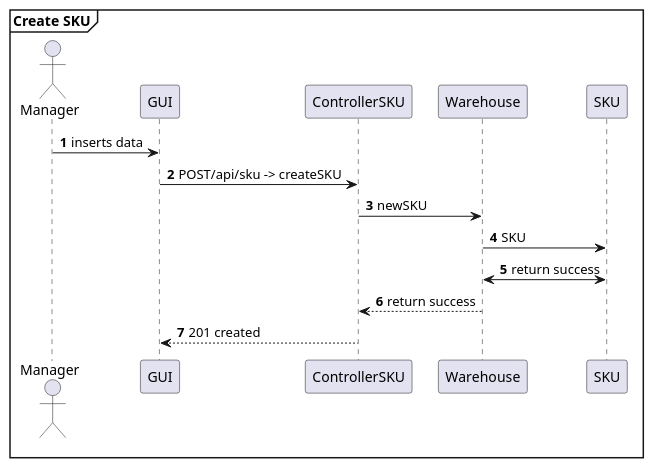
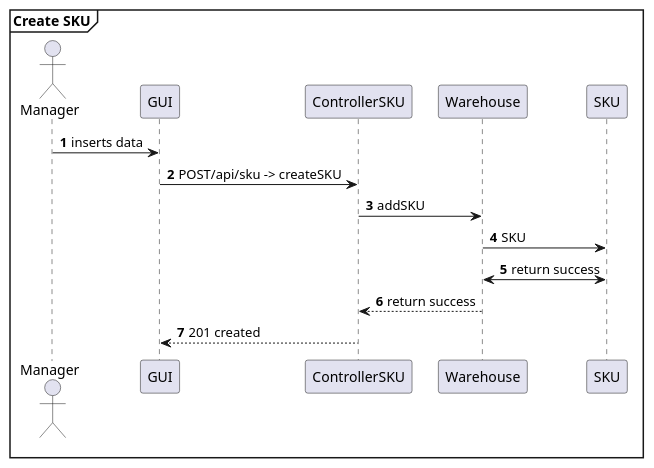
One commit to AlexZampa/EzWh changed the third of 32 diagrams in DesignDocument.md. Above: the diagram before and after it, drawn with PlantUML. The commit also changed other lines of this file, not shown here.

````diff
--- a/DesignDocument.md
+++ b/DesignDocument.md
@@ -503,19 +503,19 @@
 ```plantuml
 mainframe **Create SKU**
 actor Manager
 participant GUI
 participant ControllerSKU
 participant Warehouse
 participant SKU
 
 autonumber
 Manager -> GUI : inserts data
 GUI -> ControllerSKU : POST/api/sku -> createSKU
-ControllerSKU -> Warehouse : newSKU
+ControllerSKU -> Warehouse : addSKU
 Warehouse -> SKU : SKU
 Warehouse <-> SKU : return success
 ControllerSKU <-- Warehouse : return success
 GUI <-- ControllerSKU : 201 created
 
 @enduml
 ```
````
